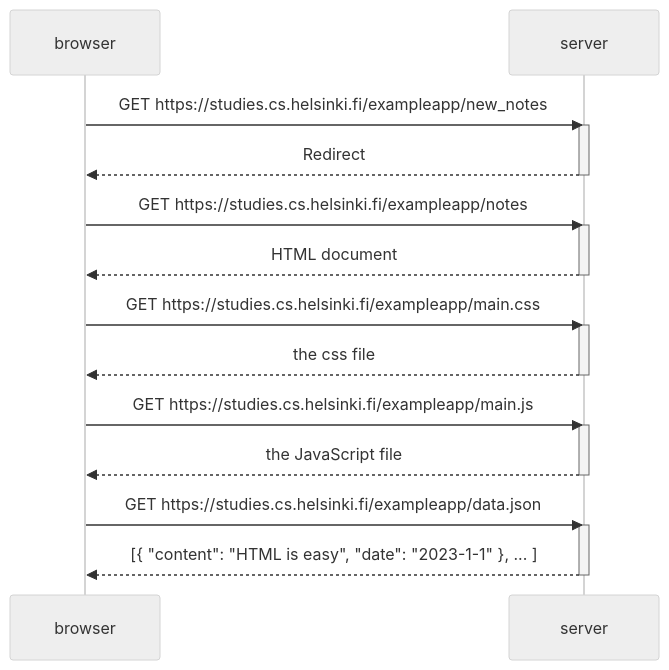
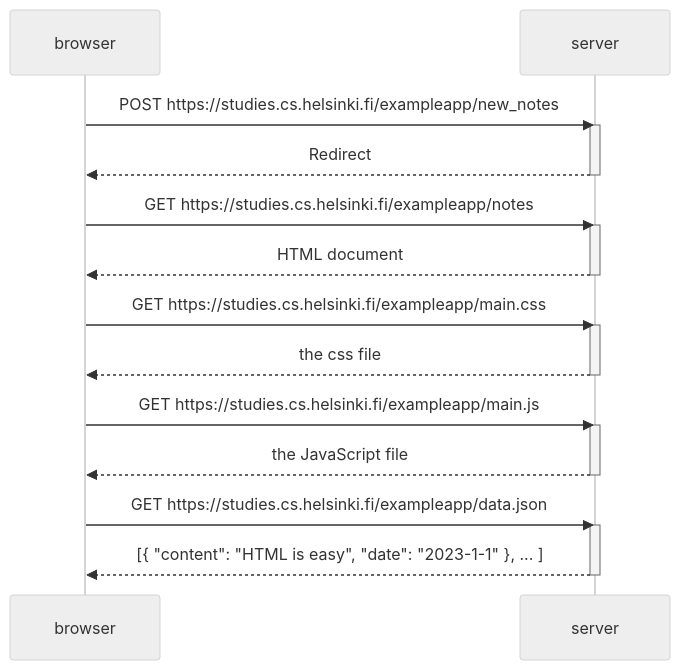
The diagram in part0/exercise04.md (3dnan97/full_stack_open), drawn with Mermaid (neutral theme) before and after one commit.

````diff
--- a/part0/exercise04.md
+++ b/part0/exercise04.md
@@ -1,32 +1,32 @@
 ```mermaid
 sequenceDiagram
     participant browser
     participant server
 
-    browser->>server: GET https://studies.cs.helsinki.fi/exampleapp/new_notes
+    browser->>server: POST https://studies.cs.helsinki.fi/exampleapp/new_notes
     activate server
     server-->>browser: Redirect
     deactivate server
 
     browser->>server: GET https://studies.cs.helsinki.fi/exampleapp/notes
     activate server
     server-->>browser: HTML document
     deactivate server
 
     browser->>server: GET https://studies.cs.helsinki.fi/exampleapp/main.css
     activate server
     server-->>browser: the css file
     deactivate server
 
     browser->>server: GET https://studies.cs.helsinki.fi/exampleapp/main.js
     activate server
     server-->>browser: the JavaScript file
     deactivate server
 
     browser->>server: GET https://studies.cs.helsinki.fi/exampleapp/data.json
     activate server
     server-->>browser: [{ "content": "HTML is easy", "date": "2023-1-1" }, ... ]
     deactivate server
 
     
 ```
````
